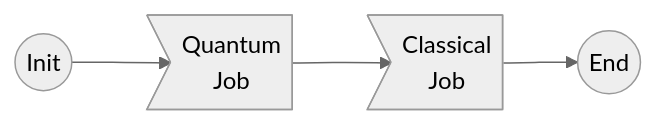
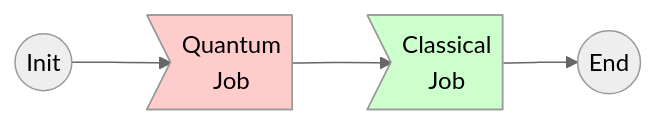
Before and after one commit to ICHEC/myqlm-wf: the diagram in workflow1/README.md, drawn with Mermaid (neutral theme). The commit also changed 1 other file, not shown here.

Commit message:
updated, cleaned

````diff
--- a/workflow1/README.md
+++ b/workflow1/README.md
@@ -4,6 +4,9 @@
 ```mermaid
 graph LR
 a((Init)) --> b>"Quantum
 Job"] --> c>"Classical
 Job"]-->e((End))
+
+style b fill:#ffcccc
+style c fill:#ccffcc
 ```
````
